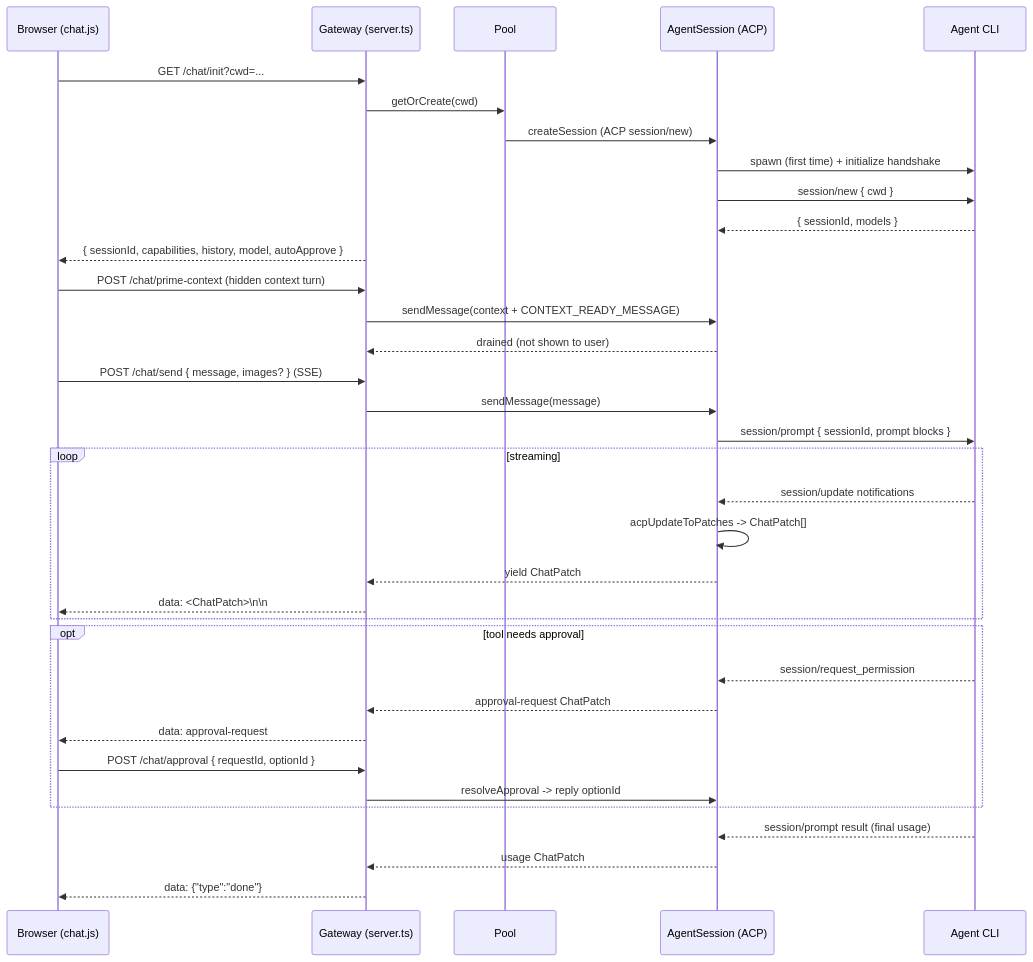
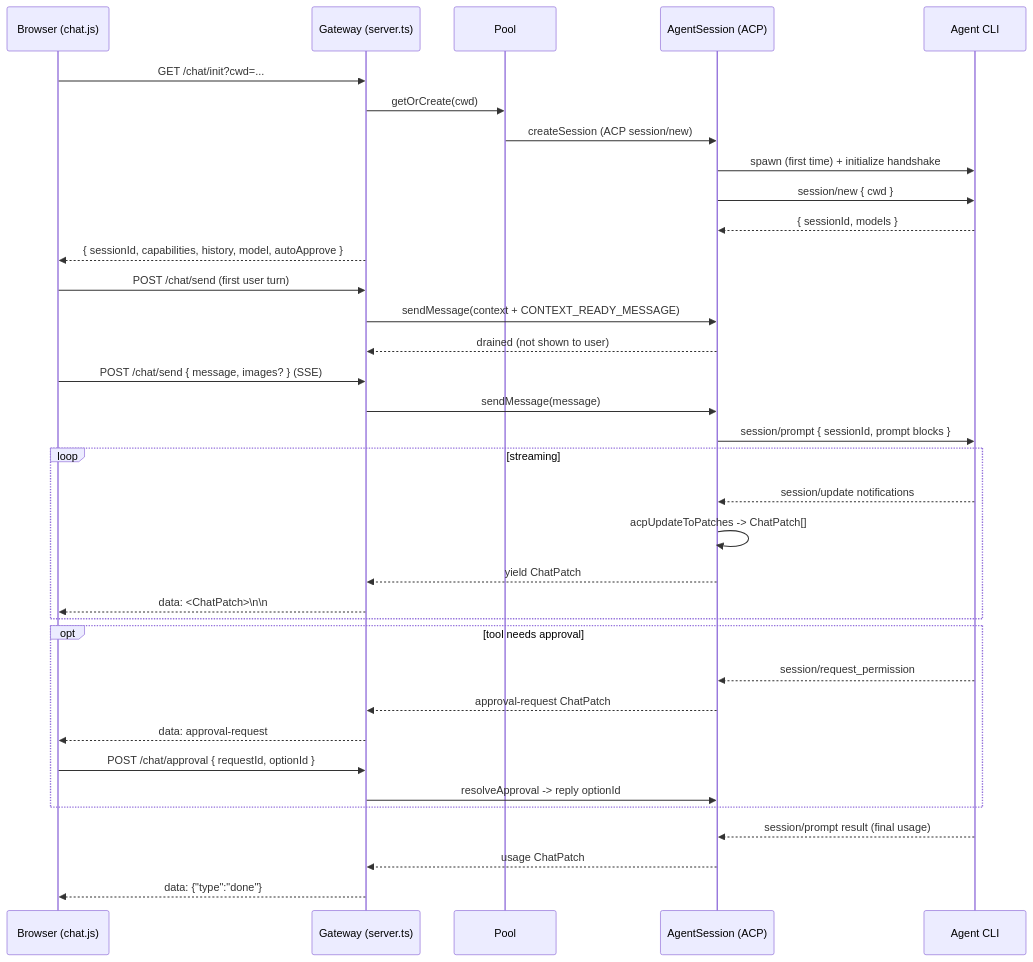
Before and after one commit to NitronR/jarvis-bridge: the second of 2 diagrams in implementation/01-architecture.md, drawn with Mermaid. The commit also changed 14 other files, not shown here.

````diff
--- a/implementation/01-architecture.md
+++ b/implementation/01-architecture.md
@@ -211,40 +211,40 @@
 ```mermaid
 sequenceDiagram
   participant B as Browser (chat.js)
   participant G as Gateway (server.ts)
   participant P as Pool
   participant S as AgentSession (ACP)
   participant C as Agent CLI
 
   B->>G: GET /chat/init?cwd=...
   G->>P: getOrCreate(cwd)
   P->>S: createSession (ACP session/new)
   S->>C: spawn (first time) + initialize handshake
   S->>C: session/new { cwd }
   C-->>S: { sessionId, models }
   G-->>B: { sessionId, capabilities, history, model, autoApprove }
 
-  B->>G: POST /chat/prime-context (hidden context turn)
+  B->>G: POST /chat/send (first user turn)
   G->>S: sendMessage(context + CONTEXT_READY_MESSAGE)
   S-->>G: drained (not shown to user)
 
   B->>G: POST /chat/send { message, images? }  (SSE)
   G->>S: sendMessage(message)
   S->>C: session/prompt { sessionId, prompt blocks }
   loop streaming
     C-->>S: session/update notifications
     S->>S: acpUpdateToPatches -> ChatPatch[]
     S-->>G: yield ChatPatch
     G-->>B: data: <ChatPatch>\n\n
   end
   opt tool needs approval
     C-->>S: session/request_permission
     S-->>G: approval-request ChatPatch
     G-->>B: data: approval-request
     B->>G: POST /chat/approval { requestId, optionId }
     G->>S: resolveApproval -> reply optionId
   end
   C-->>S: session/prompt result (final usage)
   S-->>G: usage ChatPatch
   G-->>B: data: {"type":"done"}
 ```
````
